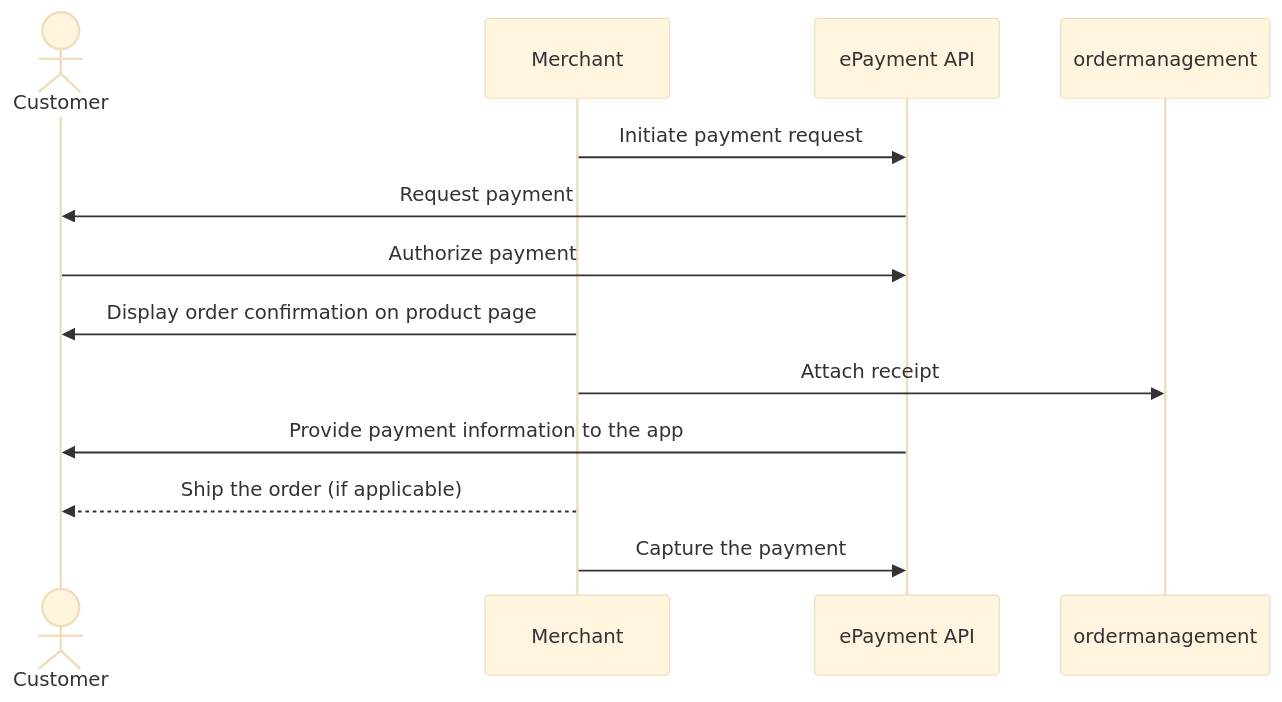
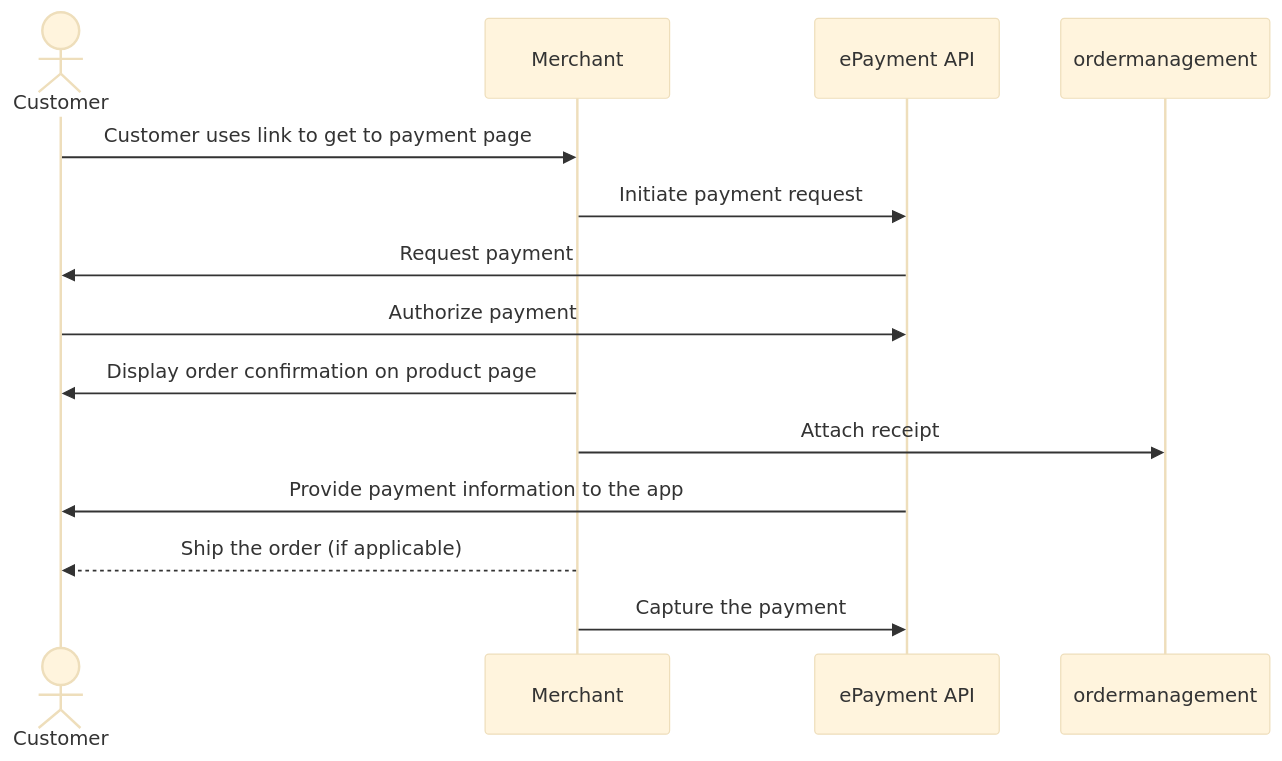
The diagram in invoice-through-epayments/payment-sent-as-link.md (vippsas/vipps-solutions), drawn with Mermaid (base theme) before and after one commit.

Commit message:
Add step to get to payment page

````diff
--- a/invoice-through-epayments/payment-sent-as-link.md
+++ b/invoice-through-epayments/payment-sent-as-link.md
@@ -60,15 +60,16 @@
 ``` mermaid
 sequenceDiagram
     actor C as Customer
     participant M as Merchant
     participant ePayment as ePayment API
     
+    C->>M: Customer uses link to get to payment page
     M->>ePayment: Initiate payment request
     ePayment->>C: Request payment
     C->>ePayment: Authorize payment
     M->>C: Display order confirmation on product page
     M->> ordermanagement: Attach receipt
     ePayment->>C: Provide payment information to the app
     M-->>C: Ship the order (if applicable)
     M->>ePayment: Capture the payment
 ```
````
